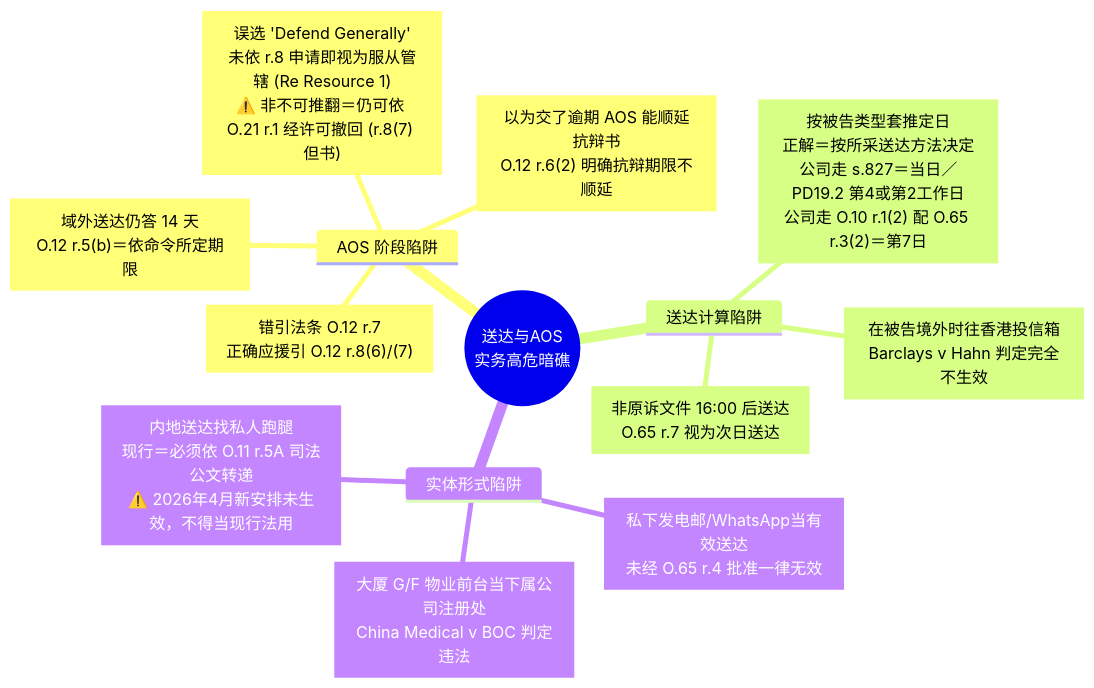
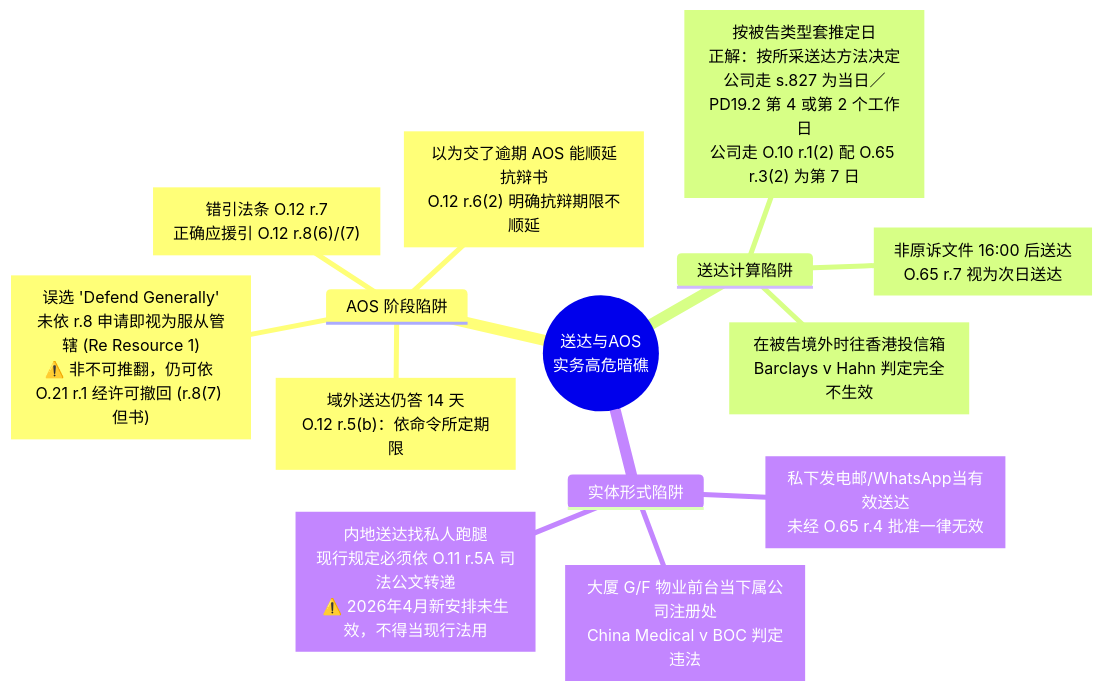
Before and after one commit to mixxmax/pcll-litigation-cards: the eighth of 11 diagrams in src/content/docs/institutions/co03-service-and-aos.md, drawn with Mermaid. The commit also changed other lines of this file and 2 other files, not shown here.

````diff
--- a/src/content/docs/institutions/co03-service-and-aos.md
+++ b/src/content/docs/institutions/co03-service-and-aos.md
@@ -628,17 +628,17 @@
 ```mermaid
 mindmap
   root((送达与AOS<br>实务高危暗礁))
     AOS 阶段陷阱
-      ["误选 'Defend Generally'<br>未依 r.8 申请即视为服从管辖 (Re Resource 1)<br>⚠️ 非不可推翻＝仍可依 O.21 r.1 经许可撤回 (r.8(7) 但书)"]
+      ["误选 'Defend Generally'<br>未依 r.8 申请即视为服从管辖 (Re Resource 1)<br>⚠️ 非不可推翻，仍可依 O.21 r.1 经许可撤回 (r.8(7) 但书)"]
       ["错引法条 O.12 r.7<br>正确应援引 O.12 r.8(6)/(7)"]
       ["以为交了逾期 AOS 能顺延抗辩书<br>O.12 r.6(2) 明确抗辩期限不顺延"]
-      ["域外送达仍答 14 天<br>O.12 r.5(b)＝依命令所定期限"]
+      ["域外送达仍答 14 天<br>O.12 r.5(b)：依命令所定期限"]
     送达计算陷阱
-      ["按被告类型套推定日<br>正解＝按所采送达方法决定<br>公司走 s.827＝当日／PD19.2 第4或第2工作日<br>公司走 O.10 r.1(2) 配 O.65 r.3(2)＝第7日"]
+      ["按被告类型套推定日<br>正解：按所采送达方法决定<br>公司走 s.827 为当日／PD19.2 第 4 或第 2 个工作日<br>公司走 O.10 r.1(2) 配 O.65 r.3(2) 为第 7 日"]
       ["在被告境外时往香港投信箱<br>Barclays v Hahn 判定完全不生效"]
       ["非原诉文件 16:00 后送达<br>O.65 r.7 视为次日送达"]
     实体形式陷阱
       ["私下发电邮/WhatsApp当有效送达<br>未经 O.65 r.4 批准一律无效"]
       ["大厦 G/F 物业前台当下属公司注册处<br>China Medical v BOC 判定违法"]
-      ["内地送达找私人跑腿<br>现行＝必须依 O.11 r.5A 司法公文转递<br>⚠️ 2026年4月新安排未生效，不得当现行法用"]
+      ["内地送达找私人跑腿<br>现行规定必须依 O.11 r.5A 司法公文转递<br>⚠️ 2026年4月新安排未生效，不得当现行法用"]
 ```
````
